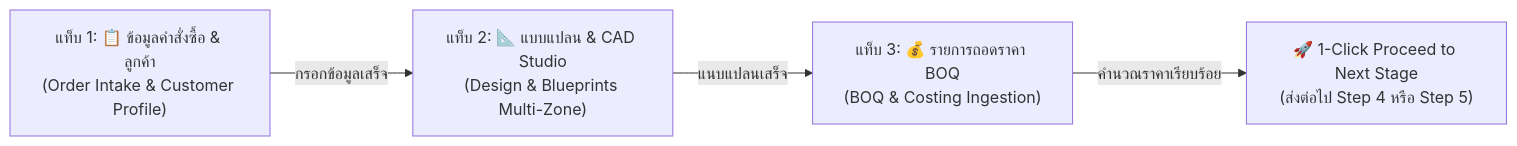
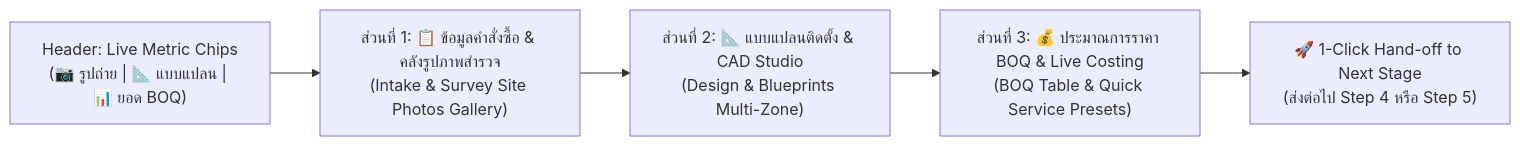
The second of 2 diagrams in doc/คู่มือการใช้งาน_Step1_คิวงานรับคำสั่งซื้อใหม่.md (isarachootip/pmt_flow), drawn with Mermaid before and after one commit. The commit also changed other lines of this file and 7 other files, not shown here.

Commit message:
feat(step1): intake orders as Survey status and launch Ultra-Wide PM/SA Unified Studio with photo gallery

````diff
--- a/doc/คู่มือการใช้งาน_Step1_คิวงานรับคำสั่งซื้อใหม่.md
+++ b/doc/คู่มือการใช้งาน_Step1_คิวงานรับคำสั่งซื้อใหม่.md
@@ -131,10 +131,13 @@
 ```mermaid
 graph LR
-    Tab1["แท็บ 1: 📋 ข้อมูลคำสั่งซื้อ & ลูกค้า<br/>(Order Intake & Customer Profile)"]
-    Tab2["แท็บ 2: 📐 แบบแปลน & CAD Studio<br/>(Design & Blueprints Multi-Zone)"]
-    Tab3["แท็บ 3: 💰 รายการถอดราคา BOQ<br/>(BOQ & Costing Ingestion)"]
+    H["Header: Live Metric Chips<br/>(📷 รูปถ่าย | 📐 แบบแปลน | 📊 ยอด BOQ)"]
+    S1["ส่วนที่ 1: 📋 ข้อมูลคำสั่งซื้อ & คลังรูปภาพสำรวจ<br/>(Intake & Survey Site Photos Gallery)"]
+    S2["ส่วนที่ 2: 📐 แบบแปลนติดตั้ง & CAD Studio<br/>(Design & Blueprints Multi-Zone)"]
+    S3["ส่วนที่ 3: 💰 ประมาณการราคา BOQ & Live Costing<br/>(BOQ Table & Quick Service Presets)"]
+    Proceed["🚀 1-Click Hand-off to Next Stage<br/>(ส่งต่อไป Step 4 หรือ Step 5)"]
     
-    Tab1 -->|กรอกข้อมูลเสร็จ| Tab2
-    Tab2 -->|แนบแปลนเสร็จ| Tab3
-    Tab3 -->|คำนวณราคาเรียบร้อย| Proceed["🚀 1-Click Proceed to Next Stage<br/>(ส่งต่อไป Step 4 หรือ Step 5)"]
+    H --> S1
+    S1 --> S2
+    S2 --> S3
+    S3 --> Proceed
 ```
````
